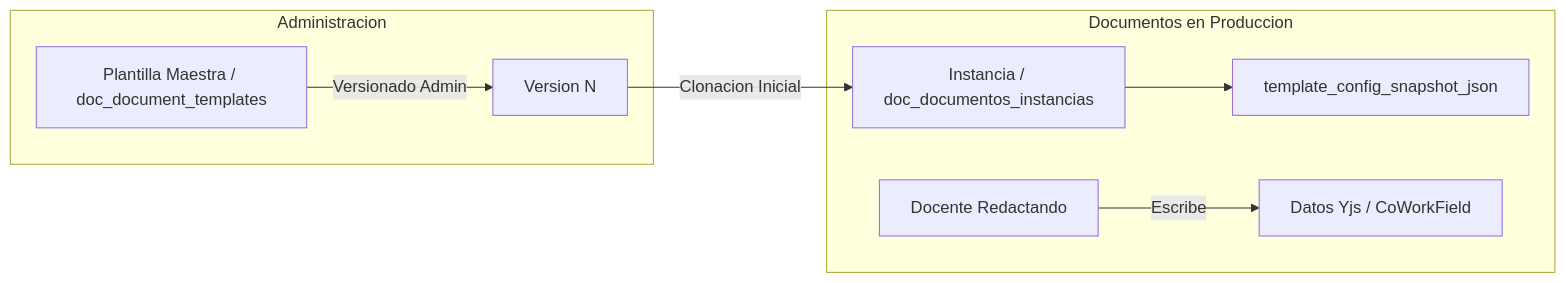
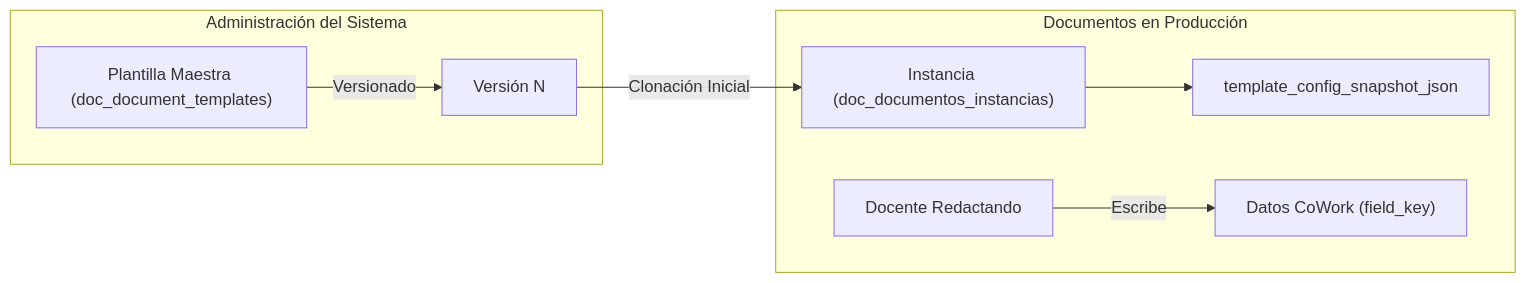
One commit to JorgeDoicela/dosier changed the second of 2 diagrams in docs/documentacion/03-motores-especializados/01-motor-documental-pdf.md. Above: the diagram before and after it, drawn with Mermaid. The commit also changed other lines of this file and 35 other files, not shown here.

````diff
--- a/docs/documentacion/03-motores-especializados/01-motor-documental-pdf.md
+++ b/docs/documentacion/03-motores-especializados/01-motor-documental-pdf.md
@@ -114,11 +116,11 @@
 ```mermaid
-graph LR
-    subgraph Administracion
-        T[Plantilla Maestra / doc_document_templates] -->|Versionado Admin| TVersion[Version N]
+flowchart LR
+    subgraph Administracion["Administración del Sistema"]
+        T["Plantilla Maestra (doc_document_templates)"] -->|Versionado| TVersion["Versión N"]
     end
-    subgraph Documentos en Produccion
-        TVersion -->|Clonacion Inicial| Instance[Instancia / doc_documentos_instancias]
-        Instance --> Snapshot[template_config_snapshot_json]
-        Docente[Docente Redactando] -->|Escribe| CoWorkData[Datos Yjs / CoWorkField]
+    subgraph ProduccionCurricular["Documentos en Producción"]
+        TVersion -->|Clonación Inicial| Instance["Instancia (doc_documentos_instancias)"]
+        Instance --> Snapshot["template_config_snapshot_json"]
+        Docente["Docente Redactando"] -->|Escribe| CoWorkData["Datos CoWork (field_key)"]
     end
 ```
````
